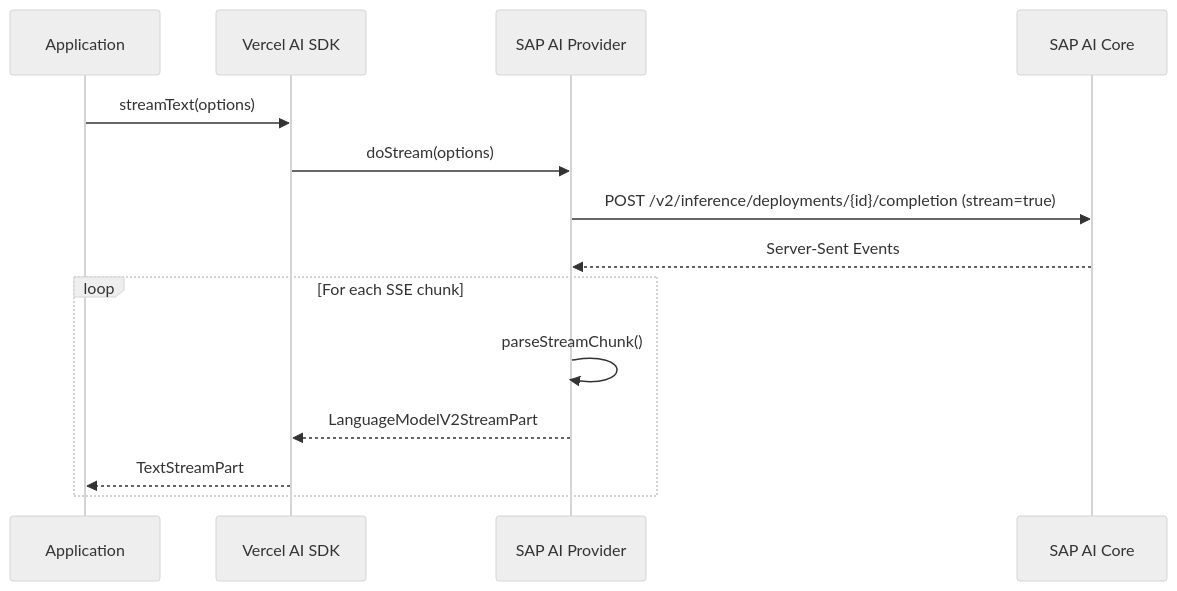
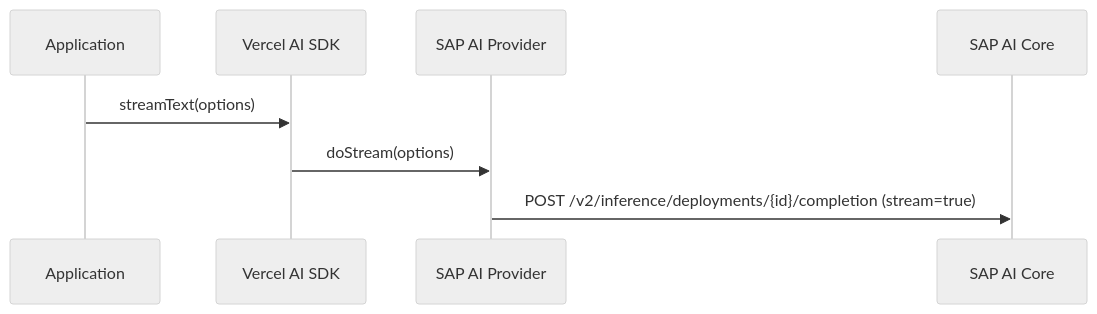
The second of 2 diagrams in ARCHITECTURE.md (BITASIA/sap-ai-provider), drawn with Mermaid (neutral theme) before and after one commit. The commit also changed other lines of this file and 10 other files, not shown here.

First line of the commit message:
feat: update sap ai provider to orchestration v2 (#16)

````diff
--- a/ARCHITECTURE.md
+++ b/ARCHITECTURE.md
@@ -113,17 +113,11 @@
 ```mermaid
 sequenceDiagram
     participant App as Application
     participant SDK as Vercel AI SDK
     participant Provider as SAP AI Provider
     participant SAP as SAP AI Core
 
     App->>SDK: streamText(options)
     SDK->>Provider: doStream(options)
     Provider->>SAP: POST /v2/inference/deployments/{id}/completion (stream=true)
-    SAP-->>Provider: Server-Sent Events
-    loop For each SSE chunk
-        Provider->>Provider: parseStreamChunk()
-        Provider-->>SDK: LanguageModelV2StreamPart
-        SDK-->>App: TextStreamPart
-    end
 ```
````
